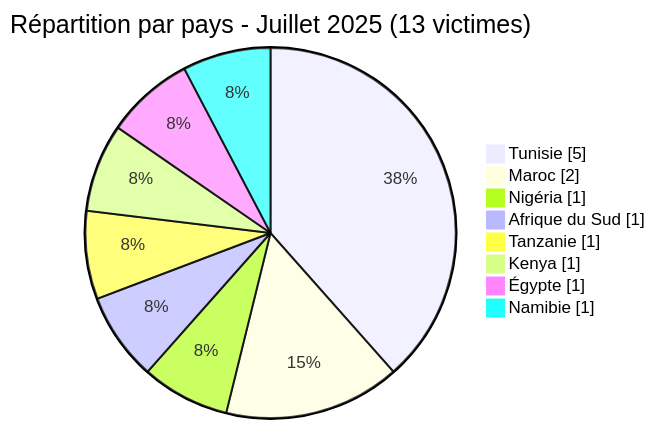
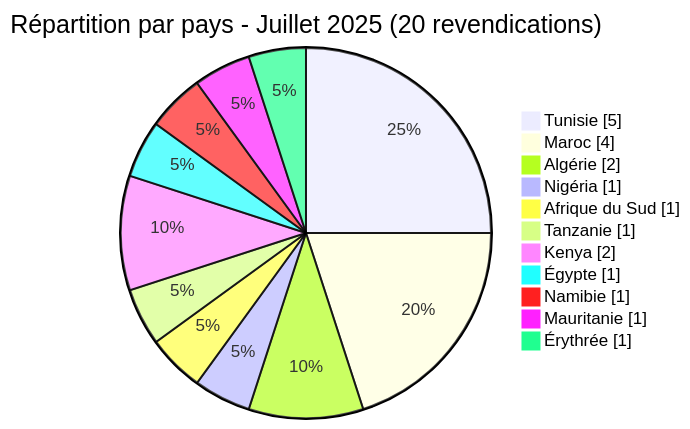
One commit to Hatchepsoute/AFRINTEL changed the second of 4 diagrams in CyberAttackAfrica/2025/07-july/report/README_FR.md. Above: the diagram before and after it, drawn with Mermaid. The commit also changed other lines of this file and 255 other files, not shown here.

````diff
--- a/CyberAttackAfrica/2025/07-july/report/README_FR.md
+++ b/CyberAttackAfrica/2025/07-july/report/README_FR.md
@@ -79,12 +96,15 @@
 ```mermaid
 pie showData
-    title Répartition par pays - Juillet 2025 (13 victimes)
+    title Répartition par pays - Juillet 2025 (20 revendications)
     "Tunisie" : 5
-    "Maroc" : 2
+    "Maroc" : 4
+    "Algérie" : 2
     "Nigéria" : 1
     "Afrique du Sud" : 1
     "Tanzanie" : 1
-    "Kenya" : 1
+    "Kenya" : 2
     "Égypte" : 1
     "Namibie" : 1
+    "Mauritanie" : 1
+    "Érythrée" : 1
 ```
````
